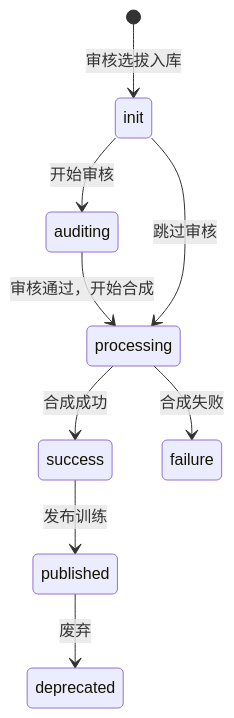
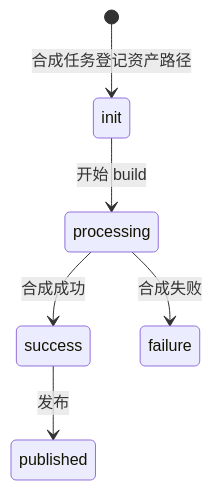
The third of 8 diagrams in docs/robot-data-platform/DESIGN.md (sgkokocool1/sgkokocool1), drawn with Mermaid before and after one commit. The commit also changed other lines of this file and 4 other files, not shown here.

````diff
--- a/docs/robot-data-platform/DESIGN.md
+++ b/docs/robot-data-platform/DESIGN.md
@@ -146,11 +154,8 @@
 ```mermaid
 stateDiagram-v2
-    [*] --> init: 审核选拔入库
-    init --> auditing: 开始审核
-    auditing --> processing: 审核通过，开始合成
-    init --> processing: 跳过审核
+    [*] --> init: 合成任务登记资产路径
+    init --> processing: 开始 build
     processing --> success: 合成成功
     processing --> failure: 合成失败
-    success --> published: 发布训练
-    published --> deprecated: 废弃
+    success --> published: 发布
 ```
````
